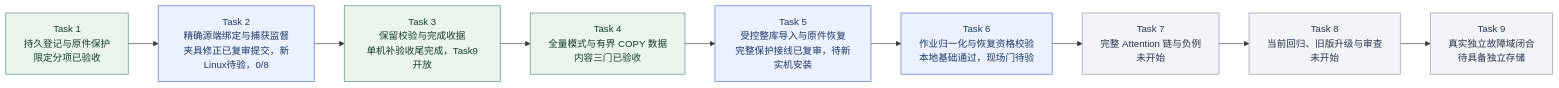
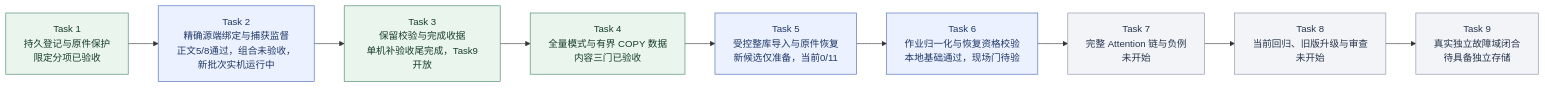
Before and after one commit to MansurnamedZhang/learning-system-p0c4: the second of 9 diagrams in docs/KnowWeave实施路线与系统架构.md, drawn with Mermaid. The commit also changed other lines of this file and 11 other files, not shown here.

````diff
--- a/docs/KnowWeave实施路线与系统架构.md
+++ b/docs/KnowWeave实施路线与系统架构.md
@@ -72,26 +72,26 @@
 ```mermaid
 flowchart LR
     C4T1["Task 1<br/>持久登记与原件保护<br/>限定分项已验收"]
-    C4T2["Task 2<br/>精确源端绑定与捕获监督<br/>夹具修正已复审提交，新Linux待验，0/8"]
+    C4T2["Task 2<br/>精确源端绑定与捕获监督<br/>正文5/8通过，组合未验收，新批次实机运行中"]
     C4T3["Task 3<br/>保留校验与完成收据<br/>单机补验收尾完成，Task9开放"]
     C4T4["Task 4<br/>全量模式与有界 COPY 数据<br/>内容三门已验收"]
-    C4T5["Task 5<br/>受控整库导入与原件恢复<br/>完整保护接线已复审，待新实机安装"]
+    C4T5["Task 5<br/>受控整库导入与原件恢复<br/>新候选仅准备，当前0/11"]
     C4T6["Task 6<br/>作业归一化与恢复资格校验<br/>本地基础通过，现场门待验"]
     C4T7["Task 7<br/>完整 Attention 链与负例<br/>未开始"]
     C4T8["Task 8<br/>当前回归、旧版升级与审查<br/>未开始"]
     C4T9["Task 9<br/>真实独立故障域闭合<br/>待具备独立存储"]
     C4T1 --> C4T2
     C4T2 --> C4T3
     C4T3 --> C4T4
     C4T4 --> C4T5
     C4T5 --> C4T6
     C4T6 --> C4T7
     C4T7 --> C4T8
     C4T8 --> C4T9
     class C4T1,C4T3,C4T4 done
     class C4T2,C4T5,C4T6 next
     class C4T7,C4T8,C4T9 planned
     classDef done fill:#eaf5ee,stroke:#438363,color:#173d2b
     classDef next fill:#ebf1ff,stroke:#4365b4,color:#203866
     classDef planned fill:#f2f4f8,stroke:#8591a3,color:#28354b
 ```
````
